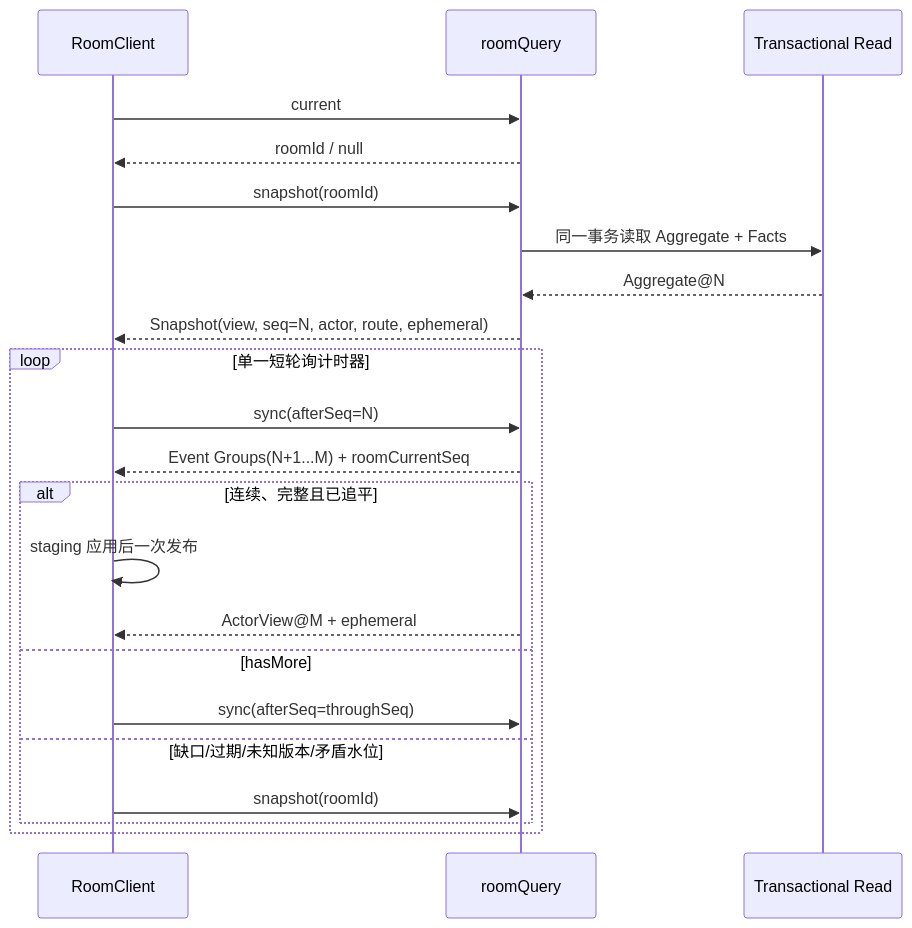
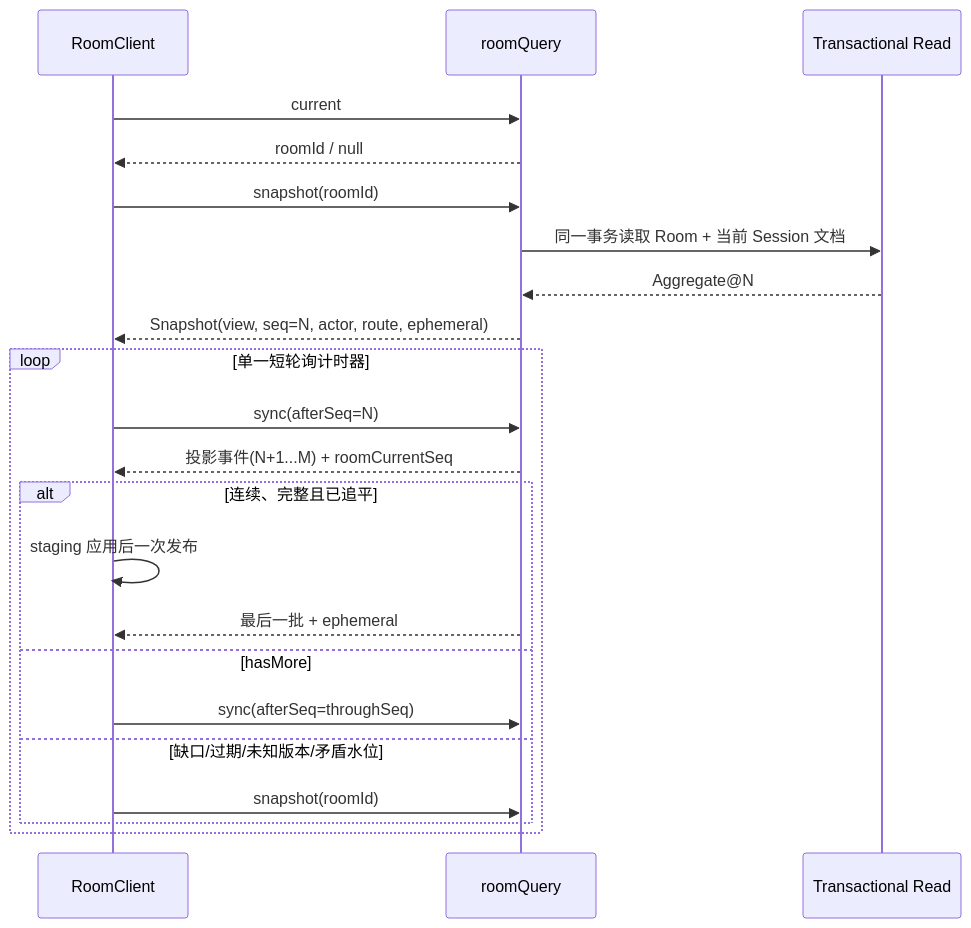
One commit to Bubble-419/cardboard-miniprogram changed the seventh of 18 diagrams in docs/ROOM_PROTOCOL_V3_IMPLEMENTATION.md. Above: the diagram before and after it, drawn with Mermaid. The commit also changed other lines of this file and 37 other files, not shown here.

````diff
--- a/docs/ROOM_PROTOCOL_V3_IMPLEMENTATION.md
+++ b/docs/ROOM_PROTOCOL_V3_IMPLEMENTATION.md
@@ -159,26 +171,26 @@
 ```mermaid
 sequenceDiagram
   participant C as RoomClient
   participant Q as roomQuery
   participant DB as Transactional Read
 
   C->>Q: current
   Q-->>C: roomId / null
   C->>Q: snapshot(roomId)
-  Q->>DB: 同一事务读取 Aggregate + Facts
+  Q->>DB: 同一事务读取 Room + 当前 Session 文档
   DB-->>Q: Aggregate@N
   Q-->>C: Snapshot(view, seq=N, actor, route, ephemeral)
 
   loop 单一短轮询计时器
     C->>Q: sync(afterSeq=N)
-    Q-->>C: Event Groups(N+1...M) + roomCurrentSeq
+    Q-->>C: 投影事件(N+1...M) + roomCurrentSeq
     alt 连续、完整且已追平
       C->>C: staging 应用后一次发布
-      Q-->>C: ActorView@M + ephemeral
+      Q-->>C: 最后一批 + ephemeral
     else hasMore
       C->>Q: sync(afterSeq=throughSeq)
     else 缺口/过期/未知版本/矛盾水位
       C->>Q: snapshot(roomId)
     end
   end
 ```
````
